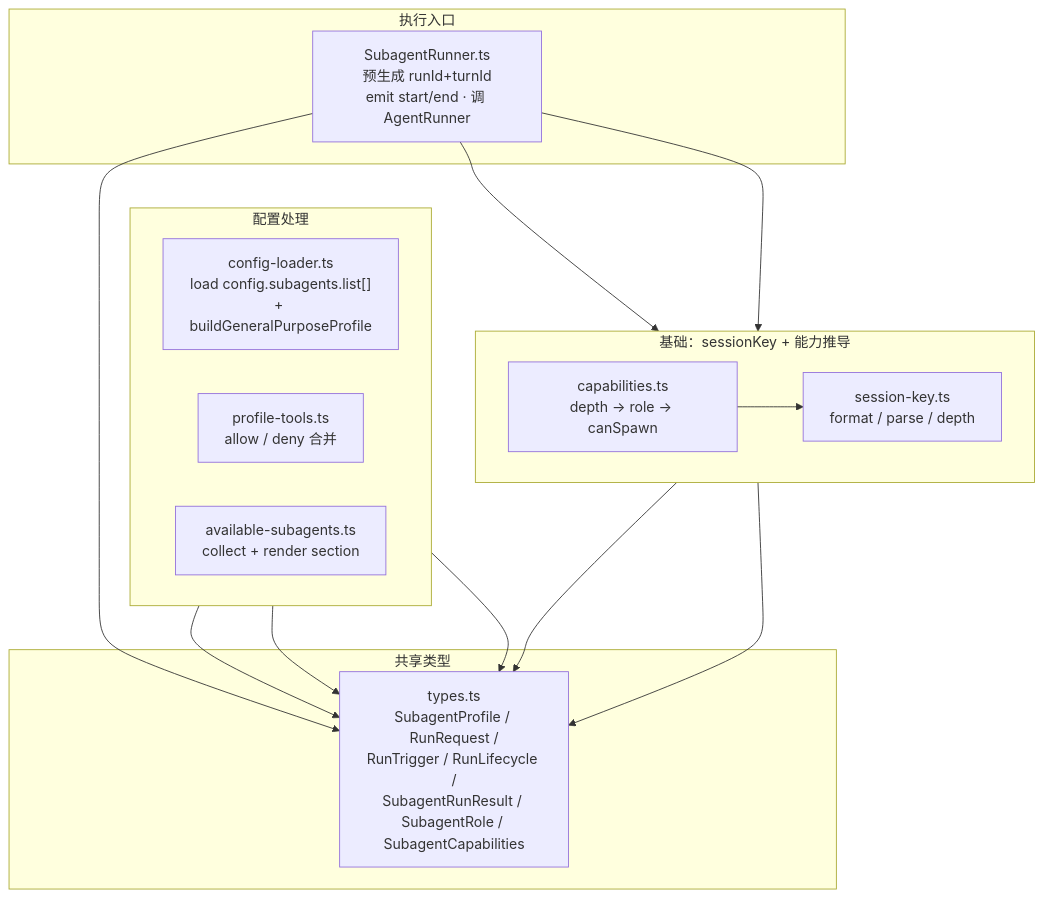
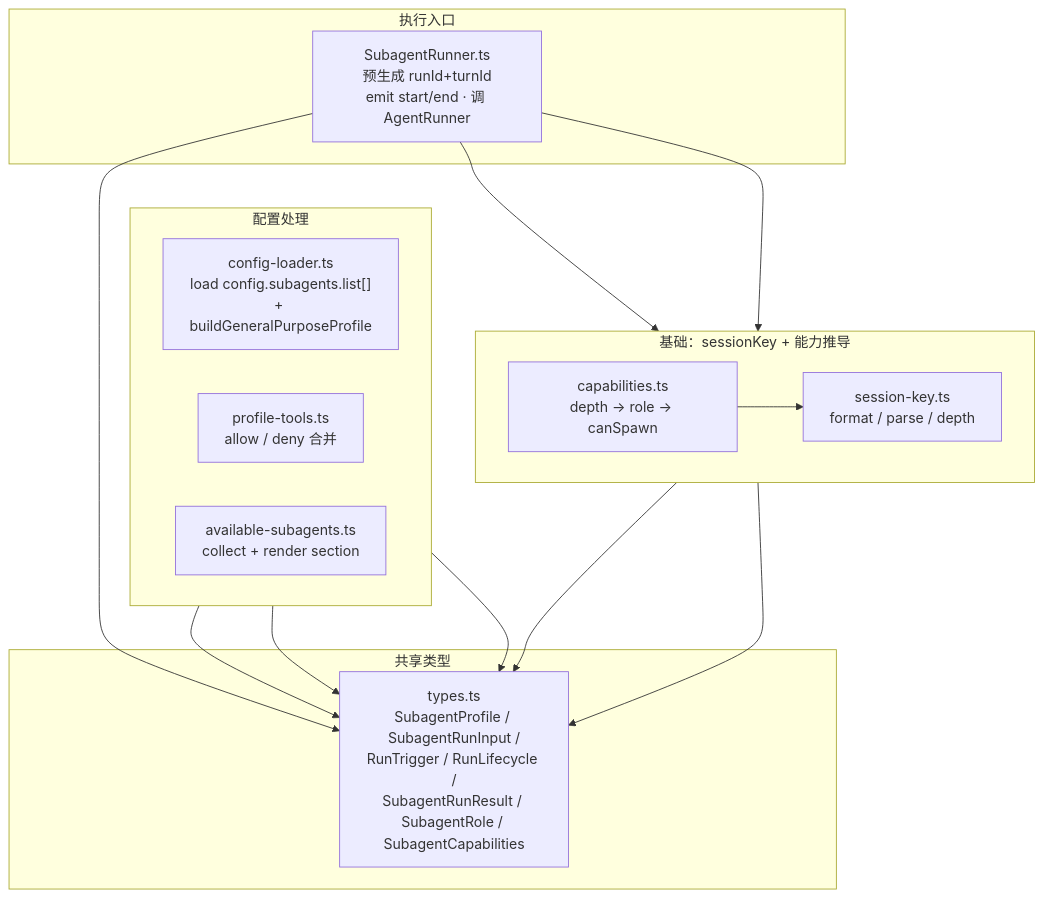
The second of 4 diagrams in docs/architecture/core-subagent-spec.md (luciferwww/my-agent), drawn with Mermaid before and after one commit. The commit also changed other lines of this file and 4 other files, not shown here.

````diff
--- a/docs/architecture/core-subagent-spec.md
+++ b/docs/architecture/core-subagent-spec.md
@@ -292,33 +310,33 @@
 ```mermaid
 flowchart TB
     subgraph type_layer["共享类型"]
-      types["types.ts<br/>SubagentProfile / RunRequest /<br/>RunTrigger / RunLifecycle /<br/>SubagentRunResult / SubagentRole / SubagentCapabilities"]
+      types["types.ts<br/>SubagentProfile / SubagentRunInput /<br/>RunTrigger / RunLifecycle /<br/>SubagentRunResult / SubagentRole / SubagentCapabilities"]
     end
 
     subgraph foundation["基础：sessionKey + 能力推导"]
       direction LR
       sk["session-key.ts<br/>format / parse / depth"]
       cap["capabilities.ts<br/>depth → role → canSpawn"]
     end
 
     subgraph profile_layer["配置处理"]
       direction LR
       pl["config-loader.ts<br/>load config.subagents.list[]<br/>+ buildGeneralPurposeProfile"]
       pt["profile-tools.ts<br/>allow / deny 合并"]
       as["available-subagents.ts<br/>collect + render section"]
     end
 
     subgraph runtime_entry["执行入口"]
       sr["SubagentRunner.ts<br/>预生成 runId+turnId<br/>emit start/end · 调 AgentRunner"]
     end
 
     cap --> sk
     sk --> types
     cap --> types
     pl --> types
     pt --> types
     as --> types
     sr --> types
     sr --> sk
     sr --> cap
 ```
````
